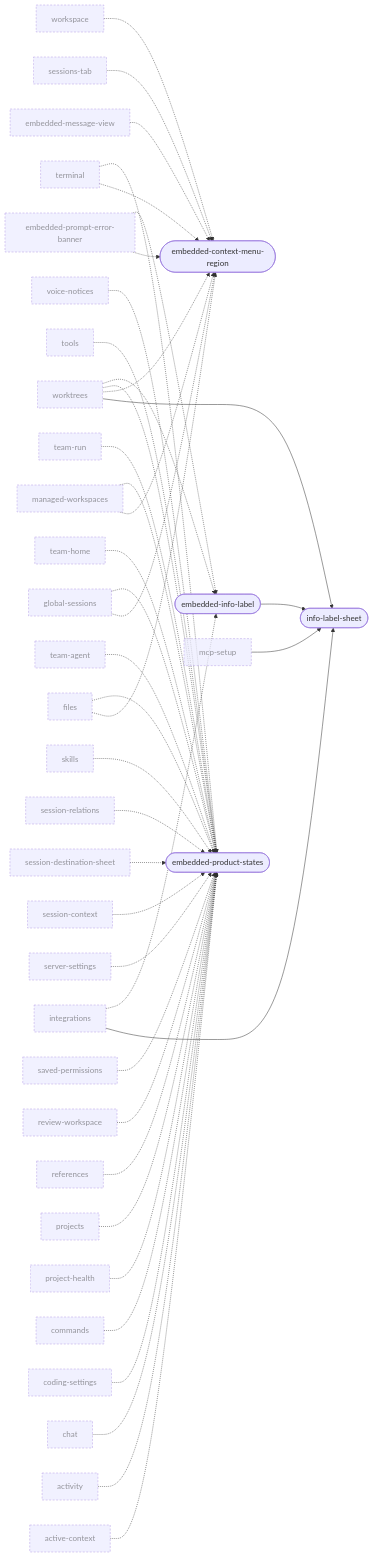
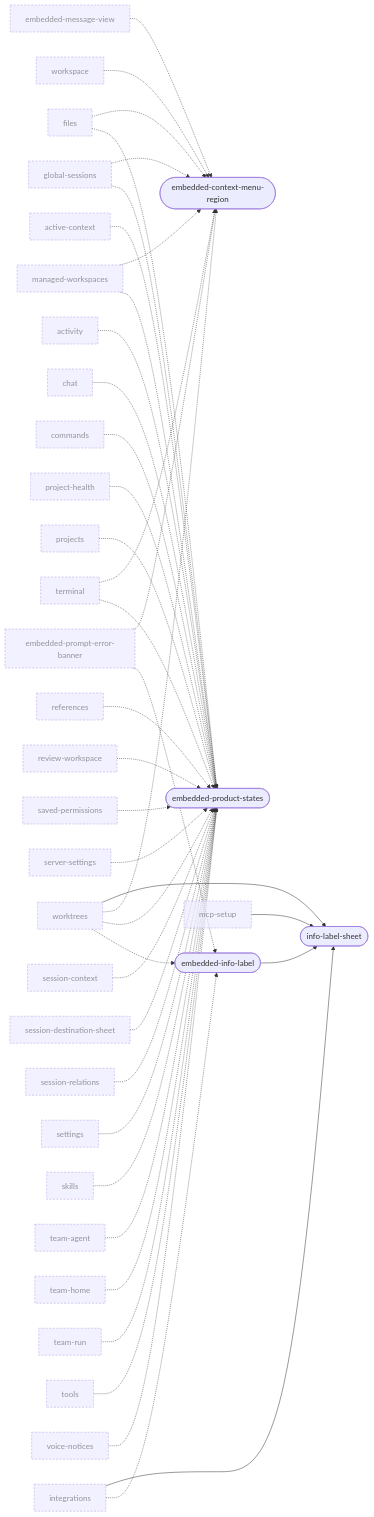
Before and after one commit to Breskott/opencode-mobile-next: the tenth of 10 diagrams in docs/design/ui-ledger/navigation.md, drawn with Mermaid. The commit also changed other lines of this file and 17 other files, not shown here.

````diff
--- a/docs/design/ui-ledger/navigation.md
+++ b/docs/design/ui-ledger/navigation.md
@@ -1290,80 +1277,78 @@
 ```mermaid
 graph LR
   active_context["active-context"]:::ext
   activity["activity"]:::ext
   chat["chat"]:::ext
-  coding_settings["coding-settings"]:::ext
   commands["commands"]:::ext
   embedded_context_menu_region(["embedded-context-menu-region"])
   embedded_info_label(["embedded-info-label"])
   embedded_message_view["embedded-message-view"]:::ext
   embedded_product_states(["embedded-product-states"])
   embedded_prompt_error_banner["embedded-prompt-error-banner"]:::ext
   files["files"]:::ext
   global_sessions["global-sessions"]:::ext
   info_label_sheet(["info-label-sheet"])
   integrations["integrations"]:::ext
   managed_workspaces["managed-workspaces"]:::ext
   mcp_setup["mcp-setup"]:::ext
   project_health["project-health"]:::ext
   projects["projects"]:::ext
   references["references"]:::ext
   review_workspace["review-workspace"]:::ext
   saved_permissions["saved-permissions"]:::ext
   server_settings["server-settings"]:::ext
   session_context["session-context"]:::ext
   session_destination_sheet["session-destination-sheet"]:::ext
   session_relations["session-relations"]:::ext
-  sessions_tab["sessions-tab"]:::ext
+  settings["settings"]:::ext
   skills["skills"]:::ext
   team_agent["team-agent"]:::ext
   team_home["team-home"]:::ext
   team_run["team-run"]:::ext
   terminal["terminal"]:::ext
   tools["tools"]:::ext
   voice_notices["voice-notices"]:::ext
   workspace["workspace"]:::ext
   worktrees["worktrees"]:::ext
   worktrees --> info_label_sheet
   integrations --> info_label_sheet
   mcp_setup --> info_label_sheet
   embedded_info_label --> info_label_sheet
   embedded_message_view -.-> embedded_context_menu_region
   embedded_prompt_error_banner -.-> embedded_context_menu_region
   files -.-> embedded_context_menu_region
   global_sessions -.-> embedded_context_menu_region
   managed_workspaces -.-> embedded_context_menu_region
-  sessions_tab -.-> embedded_context_menu_region
   terminal -.-> embedded_context_menu_region
   workspace -.-> embedded_context_menu_region
   worktrees -.-> embedded_context_menu_region
   active_context -.-> embedded_product_states
   activity -.-> embedded_product_states
   chat -.-> embedded_product_states
-  coding_settings -.-> embedded_product_states
   commands -.-> embedded_product_states
   files -.-> embedded_product_states
   global_sessions -.-> embedded_product_states
   managed_workspaces -.-> embedded_product_states
   project_health -.-> embedded_product_states
   projects -.-> embedded_product_states
   references -.-> embedded_product_states
   review_workspace -.-> embedded_product_states
   saved_permissions -.-> embedded_product_states
   server_settings -.-> embedded_product_states
   session_context -.-> embedded_product_states
   session_destination_sheet -.-> embedded_product_states
   session_relations -.-> embedded_product_states
+  settings -.-> embedded_product_states
   skills -.-> embedded_product_states
   team_agent -.-> embedded_product_states
   team_home -.-> embedded_product_states
   team_run -.-> embedded_product_states
   terminal -.-> embedded_product_states
   tools -.-> embedded_product_states
   voice_notices -.-> embedded_product_states
   worktrees -.-> embedded_product_states
   embedded_prompt_error_banner -.-> embedded_info_label
   integrations -.-> embedded_info_label
   worktrees -.-> embedded_info_label
   classDef ext stroke-dasharray: 4 3,opacity:0.7
 ```
````
